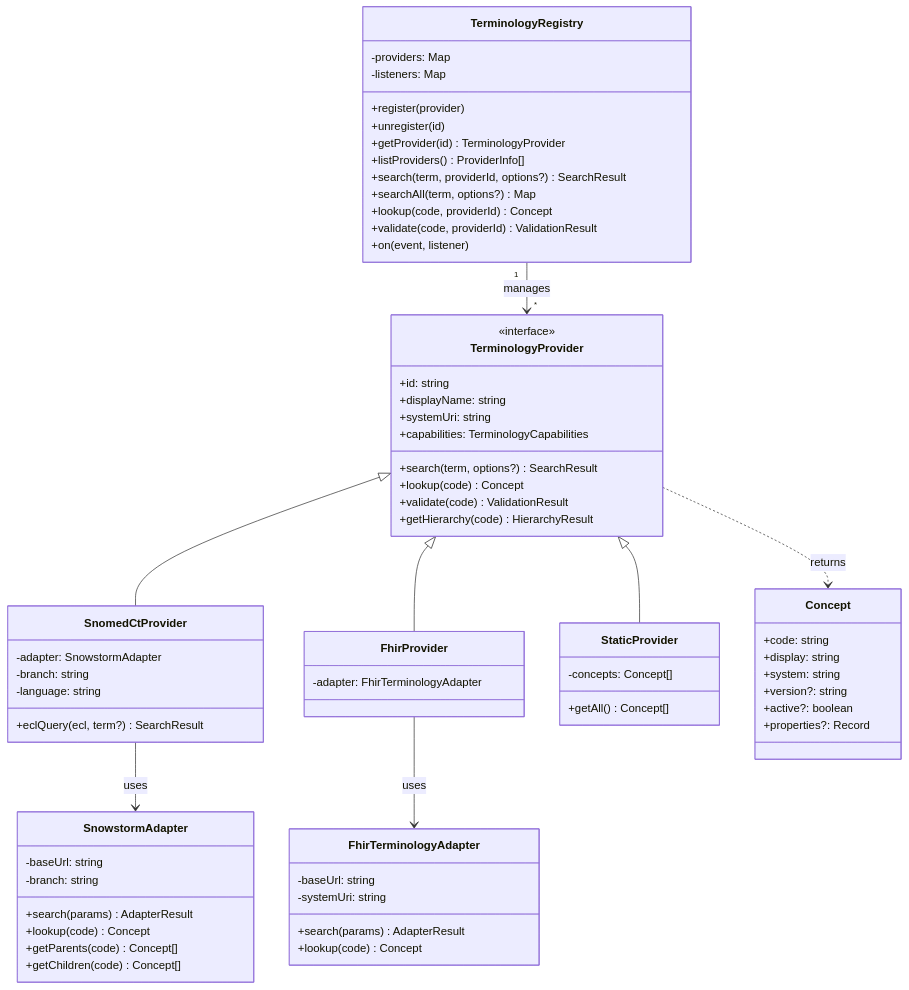
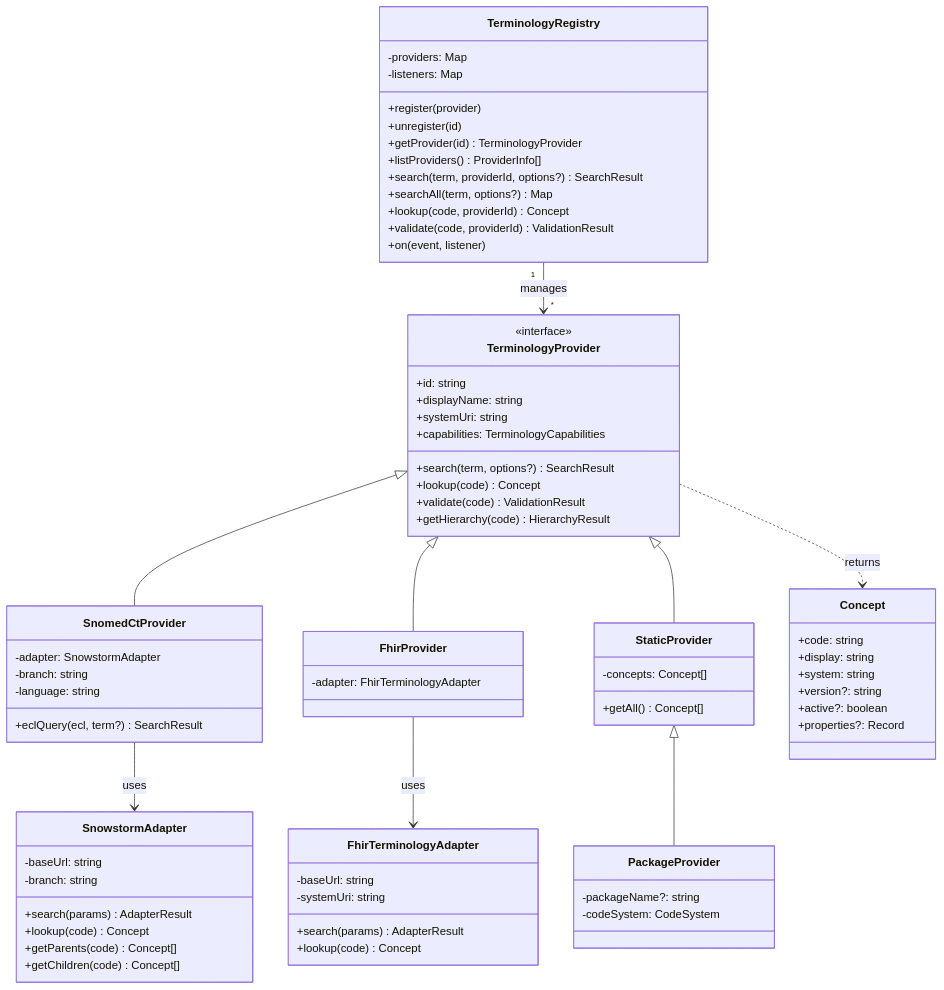
One commit to forschungsgruppe-digital-health/bpmn-js-clinical-semantics changed the second of 3 diagrams in ARCHITECTURE.md. Above: the diagram before and after it, drawn with Mermaid. The commit also changed other lines of this file and 9 other files, not shown here.

Commit message:
small architectural change: local terminology-code packages are now handled like fhir/snowmed data

```diff
--- a/ARCHITECTURE.md
+++ b/ARCHITECTURE.md
@@ -189,6 +191,11 @@
         +getAll() Concept[]
     }
 
+    class PackageProvider {
+        -packageName?: string
+        -codeSystem: CodeSystem
+    }
+
     class SnowstormAdapter {
         -baseUrl: string
         -branch: string
@@ -218,6 +225,7 @@
     TerminologyProvider <|-- SnomedCtProvider
     TerminologyProvider <|-- FhirProvider
     TerminologyProvider <|-- StaticProvider
+    StaticProvider <|-- PackageProvider
     SnomedCtProvider --> SnowstormAdapter : uses
     FhirProvider --> FhirTerminologyAdapter : uses
     TerminologyProvider ..> Concept : returns
```
